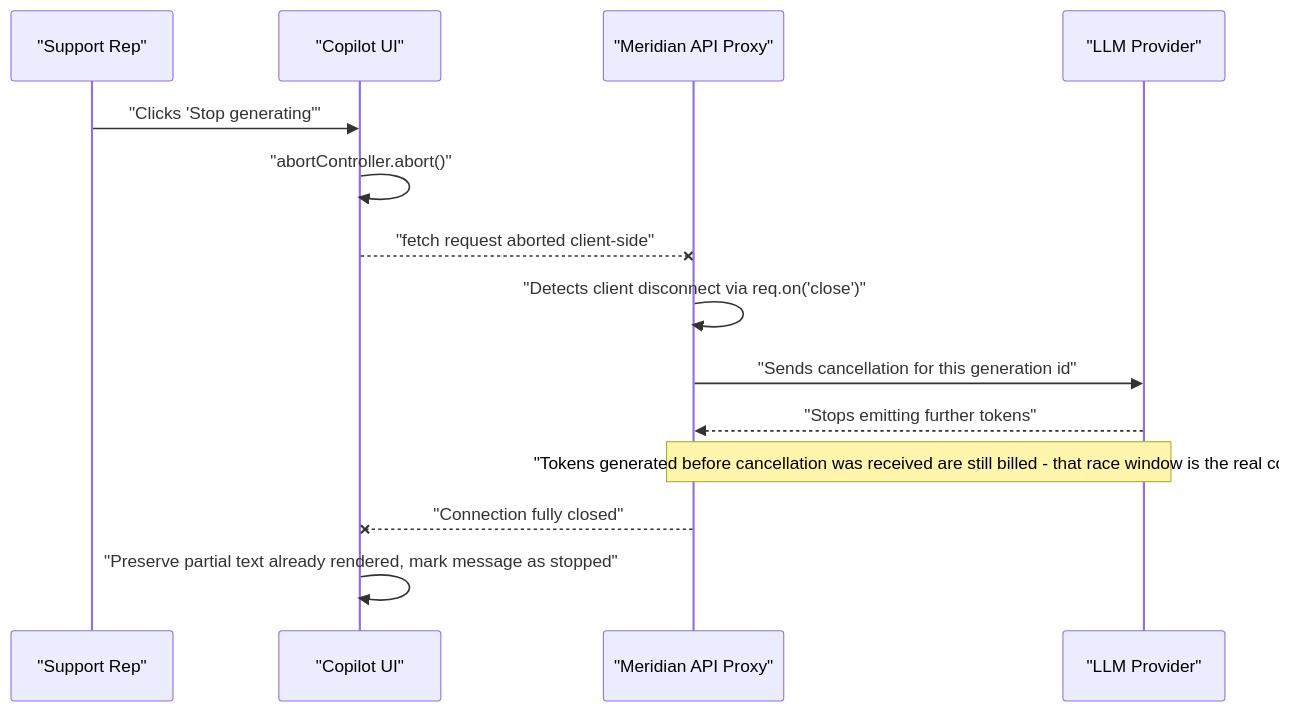
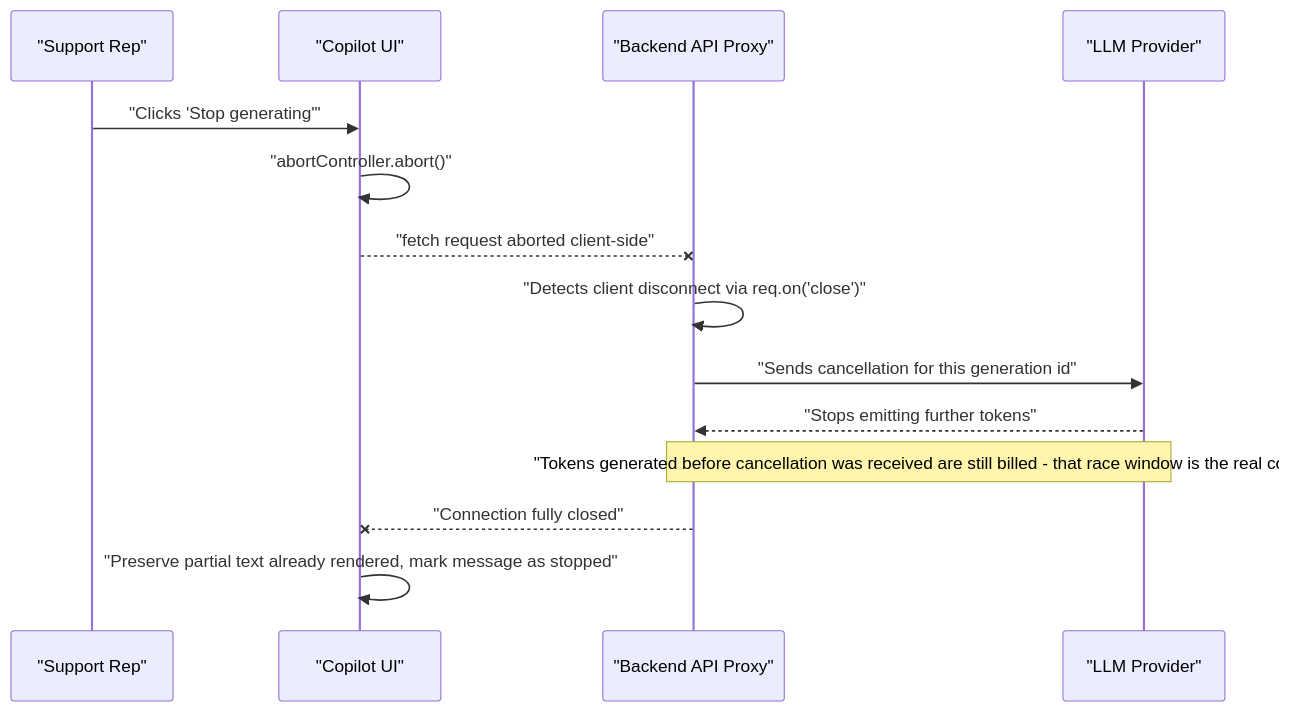
Before and after one commit to vinayakhumberi/litmus: the second of 2 diagrams in data/topics/ai-integrated-ui-streaming.md, drawn with Mermaid. The commit also changed other lines of this file and 4 other files, not shown here.

````diff
--- a/data/topics/ai-integrated-ui-streaming.md
+++ b/data/topics/ai-integrated-ui-streaming.md
@@ -140,17 +134,17 @@
 ```mermaid
 sequenceDiagram
     participant Rep as "Support Rep"
     participant UI as "Copilot UI"
-    participant Proxy as "Meridian API Proxy"
+    participant Proxy as "Backend API Proxy"
     participant LLM as "LLM Provider"
 
     Rep->>UI: "Clicks 'Stop generating'"
     UI->>UI: "abortController.abort()"
     UI--xProxy: "fetch request aborted client-side"
     Proxy->>Proxy: "Detects client disconnect via req.on('close')"
     Proxy->>LLM: "Sends cancellation for this generation id"
     LLM-->>Proxy: "Stops emitting further tokens"
     Note over Proxy,LLM: "Tokens generated before cancellation was received are still billed - that race window is the real cost"
     Proxy--xUI: "Connection fully closed"
     UI->>UI: "Preserve partial text already rendered, mark message as stopped"
 ```
````
